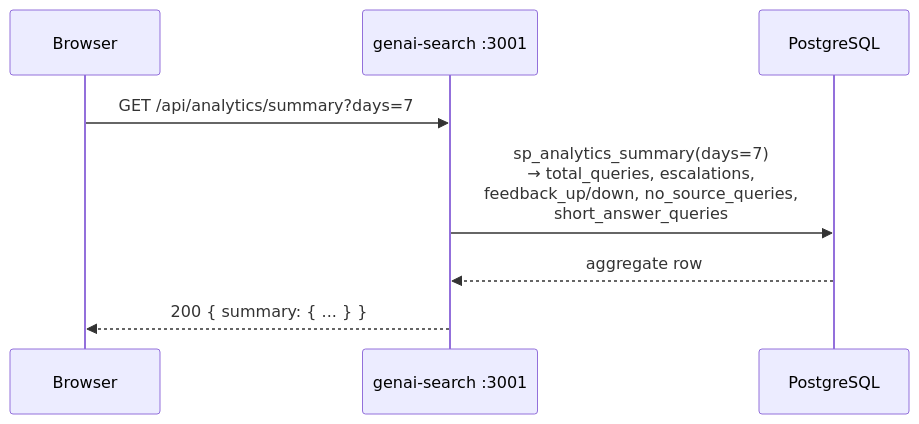
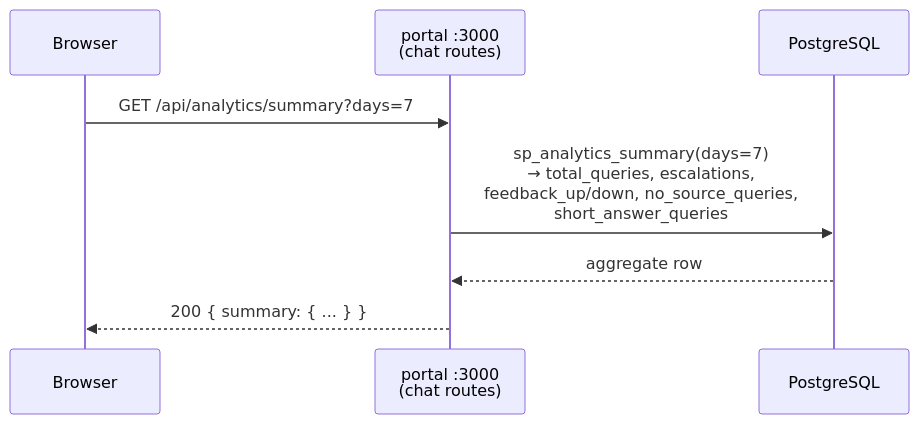
One commit to sjackshaw/document-search changed the fifth of 5 diagrams in docs/diagrams/rag-chat-sequence.md. Above: the diagram before and after it, drawn with Mermaid. The commit also changed other lines of this file and 13 other files, not shown here.

````diff
--- a/docs/diagrams/rag-chat-sequence.md
+++ b/docs/diagrams/rag-chat-sequence.md
@@ -86,11 +109,11 @@
 ```mermaid
 sequenceDiagram
     participant Browser
-    participant GenAI as genai-search :3001
+    participant Portal as portal :3000<br/>(chat routes)
     participant PG as PostgreSQL
 
-    Browser->>GenAI: GET /api/analytics/summary?days=7
-    GenAI->>PG: sp_analytics_summary(days=7)<br/>→ total_queries, escalations,<br/>feedback_up/down, no_source_queries,<br/>short_answer_queries
-    PG-->>GenAI: aggregate row
-    GenAI-->>Browser: 200 { summary: { ... } }
+    Browser->>Portal: GET /api/analytics/summary?days=7
+    Portal->>PG: sp_analytics_summary(days=7)<br/>→ total_queries, escalations,<br/>feedback_up/down, no_source_queries,<br/>short_answer_queries
+    PG-->>Portal: aggregate row
+    Portal-->>Browser: 200 { summary: { ... } }
 ```
````
